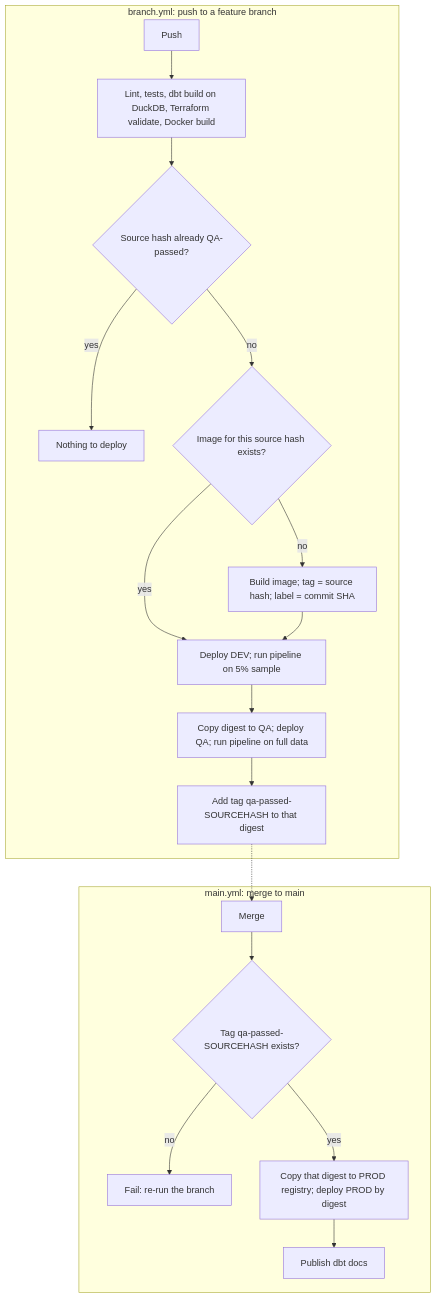
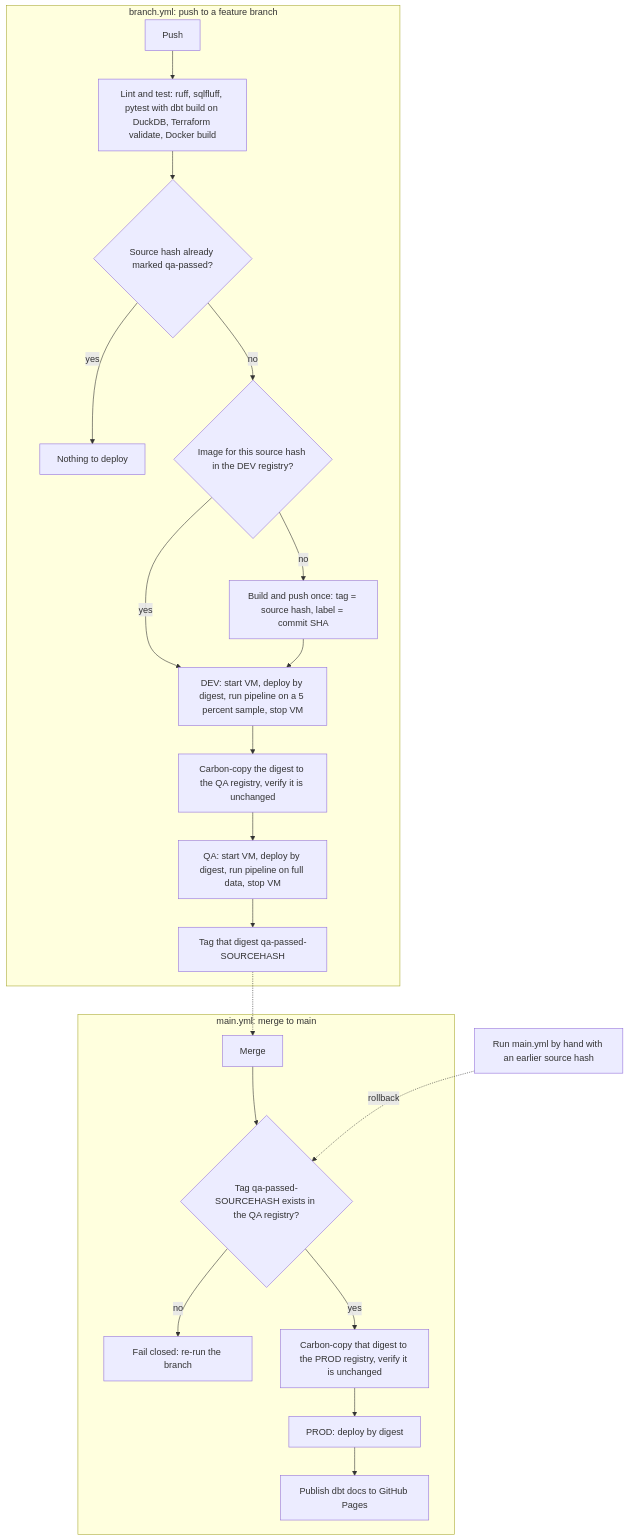
The diagram in diagrams/cicd.mmd (anthonywong611/complaint-canary), drawn with Mermaid before and after one commit. The commit also changed 6 other files, not shown here.

Commit message:
fix: Update diagrams and README.md

```diff
--- a/diagrams/cicd.mmd
+++ b/diagrams/cicd.mmd
@@ -1,19 +1,22 @@
 flowchart TD
-  subgraph branch.yml: push to a feature branch
-    P[Push] --> CI[Lint, tests, dbt build on DuckDB, Terraform validate, Docker build]
-    CI --> Q{Source hash already QA-passed?}
+  subgraph BR[branch.yml: push to a feature branch]
+    P[Push] --> CI[Lint and test: ruff, sqlfluff, pytest with dbt build on DuckDB, Terraform validate, Docker build]
+    CI --> Q{Source hash already marked qa-passed?}
     Q -- yes --> SKIP[Nothing to deploy]
-    Q -- no --> E{Image for this source hash exists?}
-    E -- no --> B[Build image; tag = source hash; label = commit SHA]
+    Q -- no --> E{Image for this source hash in the DEV registry?}
+    E -- no --> B[Build and push once: tag = source hash, label = commit SHA]
     E -- yes --> D1
-    B --> D1[Deploy DEV; run pipeline on 5% sample]
-    D1 --> D2[Copy digest to QA; deploy QA; run pipeline on full data]
-    D2 --> T[Add tag qa-passed-SOURCEHASH to that digest]
+    B --> D1[DEV: start VM, deploy by digest, run pipeline on a 5 percent sample, stop VM]
+    D1 --> C2[Carbon-copy the digest to the QA registry, verify it is unchanged]
+    C2 --> D2[QA: start VM, deploy by digest, run pipeline on full data, stop VM]
+    D2 --> T[Tag that digest qa-passed-SOURCEHASH]
   end
-  subgraph main.yml: merge to main
-    M[Merge] --> V{Tag qa-passed-SOURCEHASH exists?}
-    V -- no --> X[Fail: re-run the branch]
-    V -- yes --> D3[Copy that digest to PROD registry; deploy PROD by digest]
-    D3 --> DOC[Publish dbt docs]
+  subgraph MN[main.yml: merge to main]
+    M[Merge] --> V{Tag qa-passed-SOURCEHASH exists in the QA registry?}
+    V -- no --> X[Fail closed: re-run the branch]
+    V -- yes --> C3[Carbon-copy that digest to the PROD registry, verify it is unchanged]
+    C3 --> D3[PROD: deploy by digest]
+    D3 --> DOC[Publish dbt docs to GitHub Pages]
   end
   T -.-> M
+  RB[Run main.yml by hand with an earlier source hash] -. rollback .-> V
```
